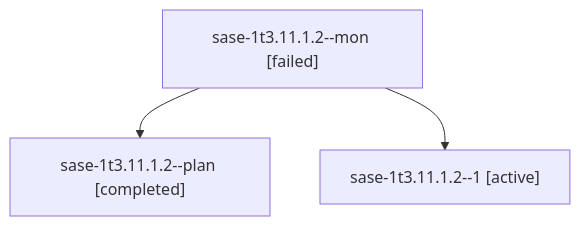
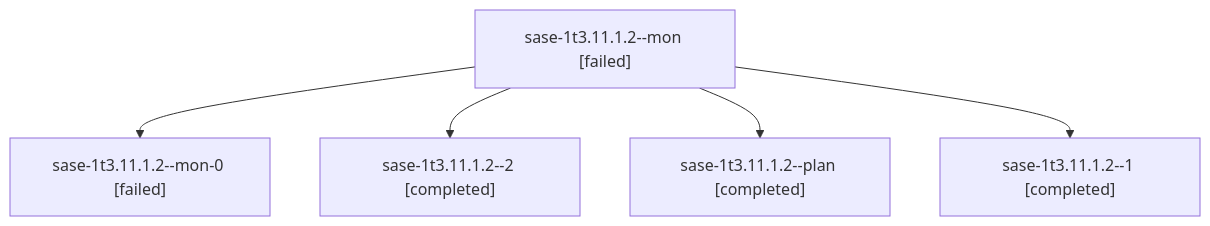
One commit to sase-org/sase--agents changed the diagram in sessions/bbugyi200.athena.sase-1t3.11.1.2.md. Above: the diagram before and after it, drawn with Mermaid. The commit also changed other lines of this file and 161 other files, not shown here.

````diff
--- a/sessions/bbugyi200.athena.sase-1t3.11.1.2.md
+++ b/sessions/bbugyi200.athena.sase-1t3.11.1.2.md
@@ -9,8 +9,12 @@
 ```mermaid
 flowchart TD
   n0["sase-1t3.11.1.2--mon [failed]"]
-  n1["sase-1t3.11.1.2--plan [completed]"]
+  n1["sase-1t3.11.1.2--mon-0 [failed]"]
   n0 --> n1
-  n2["sase-1t3.11.1.2--1 [active]"]
+  n2["sase-1t3.11.1.2--2 [completed]"]
   n0 --> n2
+  n3["sase-1t3.11.1.2--plan [completed]"]
+  n0 --> n3
+  n4["sase-1t3.11.1.2--1 [completed]"]
+  n0 --> n4
 ```
````
